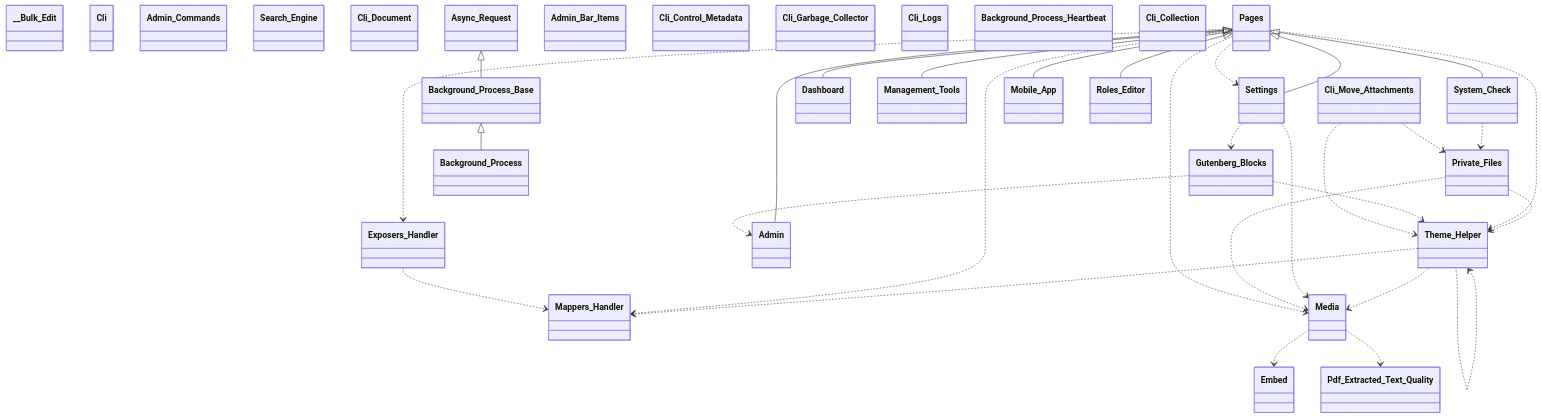
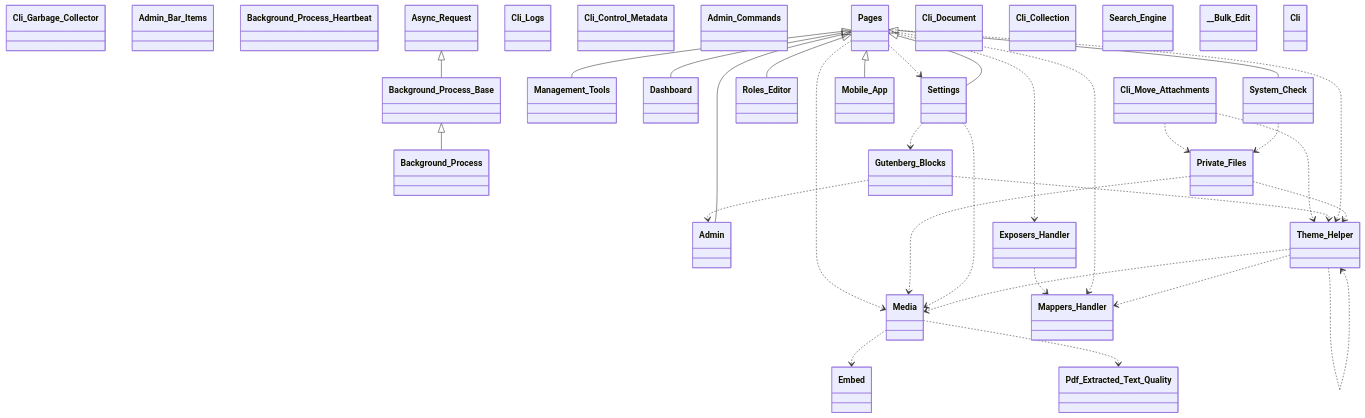
One commit to tainacan/tainacan changed the diagram in docs/diagrams/tainacan-namespace-Tainacan.mmd. Above: the diagram before and after it, drawn with Mermaid. The commit also changed other lines of this file and 96 other files, not shown here.

```diff
--- a/docs/diagrams/tainacan-namespace-Tainacan.mmd
+++ b/docs/diagrams/tainacan-namespace-Tainacan.mmd
@@ -1,62 +1,62 @@
 classDiagram
     direction TB
+    class Media { }
+    class Background_Process { }
+    class Settings { }
+    class Cli_Garbage_Collector { }
+    class Management_Tools { }
+    class Admin_Bar_Items { }
+    class Dashboard { }
+    class Gutenberg_Blocks { }
+    class Background_Process_Heartbeat { }
+    class Async_Request { }
+    class Cli_Logs { }
+    class Cli_Control_Metadata { }
+    class Admin_Commands { }
+    class Pdf_Extracted_Text_Quality { }
+    class Cli_Move_Attachments { }
+    class Pages { }
+    class Roles_Editor { }
+    class System_Check { }
+    class Mobile_App { }
+    class Private_Files { }
+    class Mappers_Handler { }
+    class Admin { }
+    class Cli_Document { }
+    class Theme_Helper { }
+    class Embed { }
+    class Cli_Collection { }
+    class Search_Engine { }
     class __Bulk_Edit { }
+    class Exposers_Handler { }
     class Cli { }
-    class Cli_Move_Attachments { }
-    class Embed { }
-    class System_Check { }
-    class Admin_Commands { }
-    class Search_Engine { }
-    class Private_Files { }
-    class Cli_Document { }
-    class Settings { }
-    class Dashboard { }
-    class Pages { }
-    class Admin_Bar_Items { }
-    class Background_Process { }
-    class Cli_Control_Metadata { }
-    class Exposers_Handler { }
-    class Management_Tools { }
-    class Pdf_Extracted_Text_Quality { }
-    class Cli_Garbage_Collector { }
-    class Cli_Logs { }
     class Background_Process_Base { }
-    class Background_Process_Heartbeat { }
-    class Cli_Collection { }
-    class Mobile_App { }
-    class Gutenberg_Blocks { }
-    class Roles_Editor { }
-    class Admin { }
-    class Mappers_Handler { }
-    class Theme_Helper { }
-    class Async_Request { }
-    class Media { }
     Async_Request <|-- Background_Process_Base
     Background_Process_Base <|-- Background_Process
     Cli_Move_Attachments ..> Private_Files
     Cli_Move_Attachments ..> Theme_Helper
     Exposers_Handler ..> Mappers_Handler
     Gutenberg_Blocks ..> Admin
     Gutenberg_Blocks ..> Theme_Helper
     Media ..> Embed
     Media ..> Pdf_Extracted_Text_Quality
     Pages ..> Exposers_Handler
     Pages ..> Mappers_Handler
     Pages ..> Media
     Pages ..> Settings
     Pages ..> Theme_Helper
     Pages <|-- Admin
     Pages <|-- Dashboard
     Pages <|-- Management_Tools
     Pages <|-- Mobile_App
     Pages <|-- Roles_Editor
     Pages <|-- Settings
     Pages <|-- System_Check
     Private_Files ..> Media
     Private_Files ..> Theme_Helper
     Settings ..> Gutenberg_Blocks
     Settings ..> Media
     System_Check ..> Private_Files
     Theme_Helper ..> Mappers_Handler
     Theme_Helper ..> Media
     Theme_Helper ..> Theme_Helper
```
